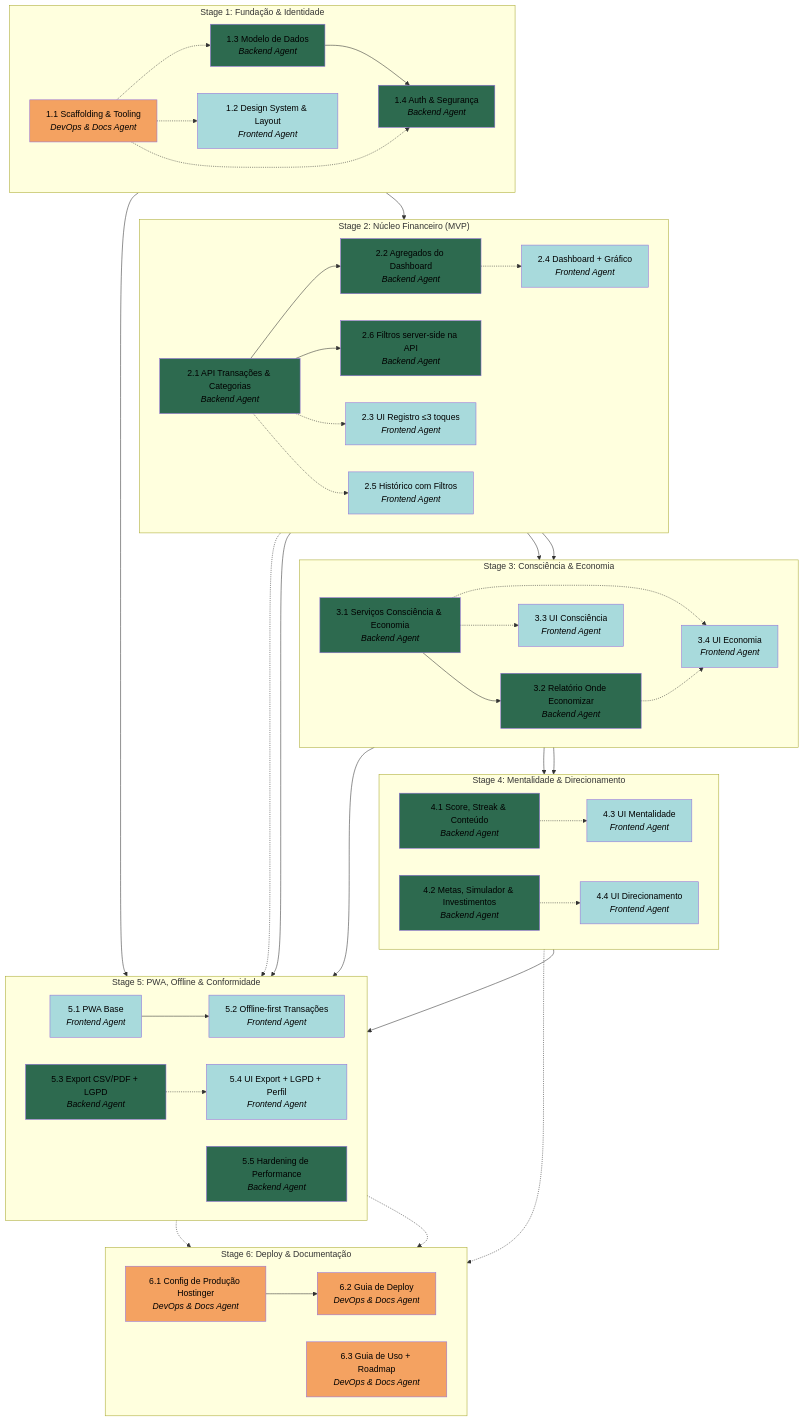
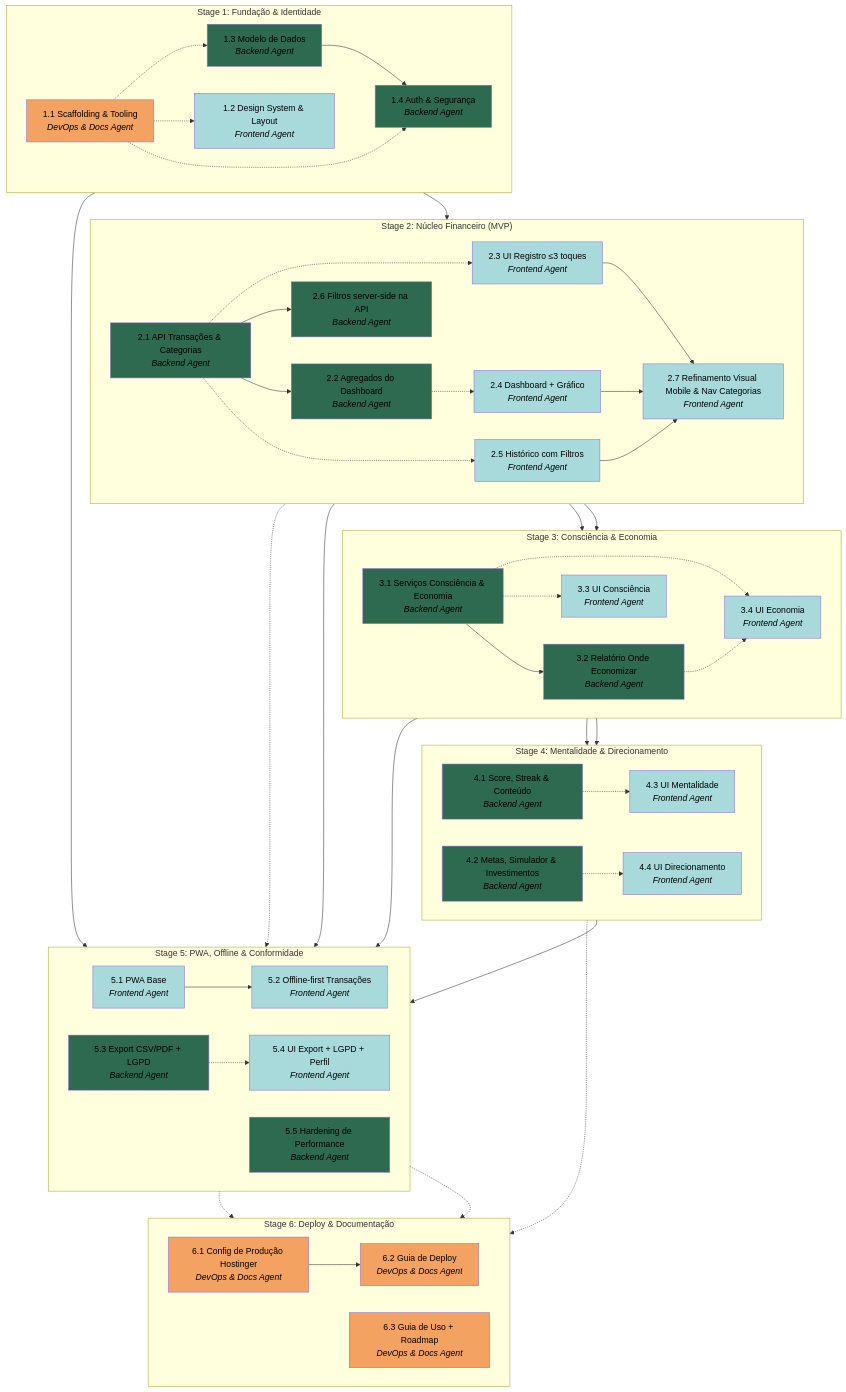
Before and after one commit to JohnAugust934/FlowFin: the diagram in .apm/plan.md, drawn with Mermaid. The commit also changed other lines of this file and 1 other file, not shown here.

Commit message:
docs: adiciona Task 2.7 (refino visual mobile + nav categorias) da verificação holística do Stage 2

```diff
--- a/.apm/plan.md
+++ b/.apm/plan.md
@@ -46,8 +46,12 @@
   T2_4["2.4 Dashboard + Gráfico<br/><i>Frontend Agent</i>"]
   T2_5["2.5 Histórico com Filtros<br/><i>Frontend Agent</i>"]
   T2_6["2.6 Filtros server-side na API<br/><i>Backend Agent</i>"]
+  T2_7["2.7 Refinamento Visual Mobile & Nav Categorias<br/><i>Frontend Agent</i>"]
   T2_1 --> T2_2
   T2_1 --> T2_6
+  T2_3 --> T2_7
+  T2_4 --> T2_7
+  T2_5 --> T2_7
 end
 
 subgraph S3["Stage 3: Consciência & Economia"]
@@ -130,6 +134,7 @@
 style T2_3 fill:#a8dadc,color:#000
 style T2_4 fill:#a8dadc,color:#000
 style T2_5 fill:#a8dadc,color:#000
+style T2_7 fill:#a8dadc,color:#000
 style T3_3 fill:#a8dadc,color:#000
 style T3_4 fill:#a8dadc,color:#000
 style T4_3 fill:#a8dadc,color:#000
```
